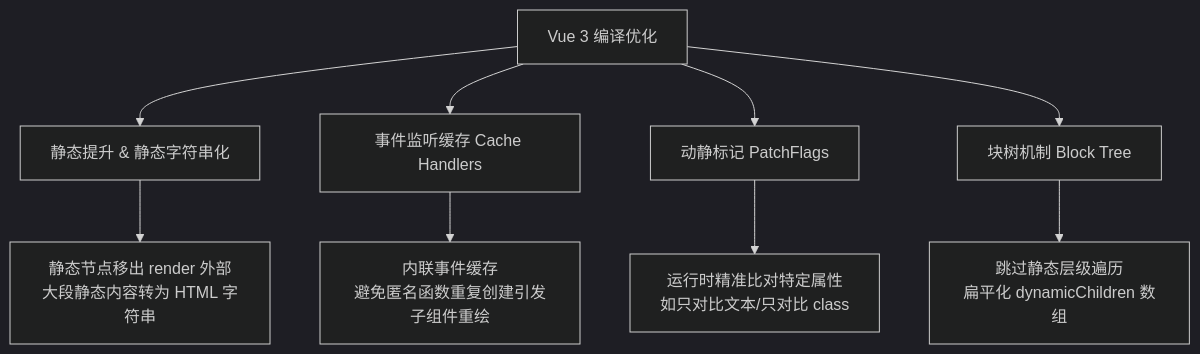
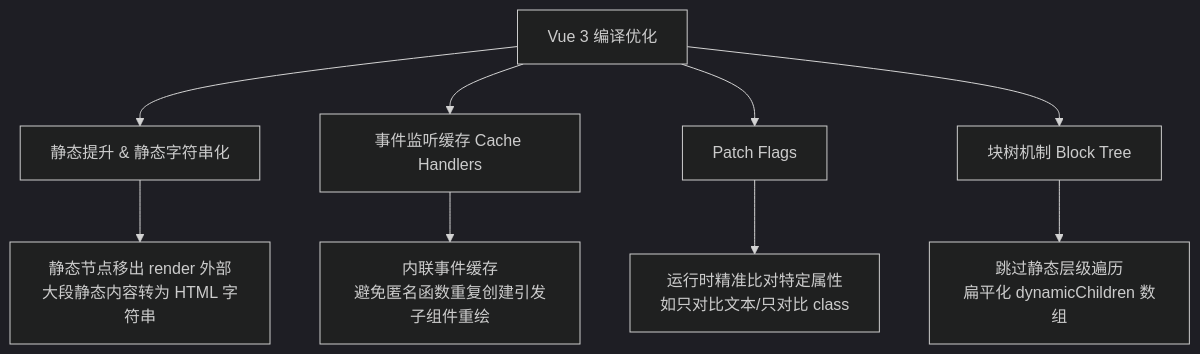
One commit to Aoyia/frontend-learning-system changed the diagram in 学习系统/docs/vue/vue2-vue3-performance-comparison.md. Above: the diagram before and after it, drawn with Mermaid (dark theme). The commit also changed other lines of this file and 1 other file, not shown here.

````diff
--- a/学习系统/docs/vue/vue2-vue3-performance-comparison.md
+++ b/学习系统/docs/vue/vue2-vue3-performance-comparison.md
@@ -56,12 +56,12 @@
 ```mermaid
 flowchart TB
     Start[Vue 3 编译优化] --> Hoisting[静态提升 & 静态字符串化]
     Start --> EventCache[事件监听缓存 Cache Handlers]
-    Start --> PatchFlags[动静标记 PatchFlags]
+    Start --> PatchFlags[Patch Flags]
     Start --> BlockTree[块树机制 Block Tree]
 
     Hoisting --> H_Result[静态节点移出 render 外部<br/>大段静态内容转为 HTML 字符串]
     EventCache --> E_Result[内联事件缓存<br/>避免匿名函数重复创建引发子组件重绘]
     PatchFlags --> P_Result[运行时精准比对特定属性<br/>如只对比文本/只对比 class]
     BlockTree --> B_Result[跳过静态层级遍历<br/>扁平化 dynamicChildren 数组]
 ```
````
